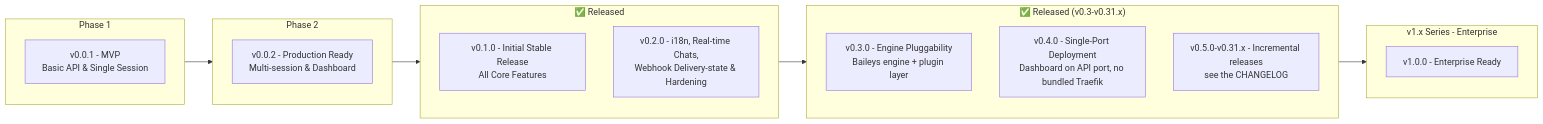
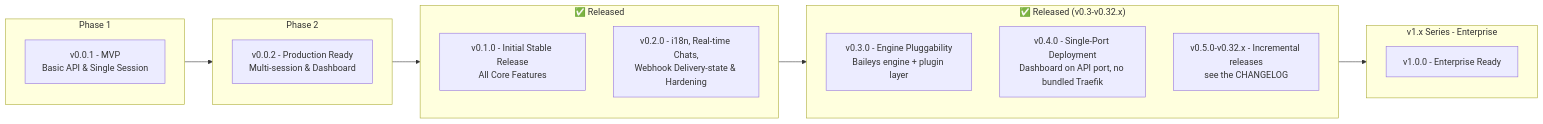
Before and after one commit to suryansh-business-work/duncit-all: the sixth of 7 diagrams in portals/crm/open-wa-server/docs/15-project-roadmap.md, drawn with Mermaid. The commit also changed other lines of this file and 560 other files, not shown here.

````diff
--- a/portals/crm/open-wa-server/docs/15-project-roadmap.md
+++ b/portals/crm/open-wa-server/docs/15-project-roadmap.md
@@ -517,27 +517,27 @@
 ```mermaid
 flowchart LR
     subgraph Phase1["Phase 1"]
         V001[v0.0.1 - MVP<br/>Basic API & Single Session]
     end
 
     subgraph Phase2["Phase 2"]
         V002[v0.0.2 - Production Ready<br/>Multi-session & Dashboard]
     end
 
     subgraph Stable["✅ Released"]
         V010[v0.1.0 - Initial Stable Release<br/>All Core Features]
         V020[v0.2.0 - i18n, Real-time Chats,<br/>Webhook Delivery-state & Hardening]
     end
 
-    subgraph v0.x["✅ Released (v0.3-v0.31.x)"]
+    subgraph v0.x["✅ Released (v0.3-v0.32.x)"]
         V030[v0.3.0 - Engine Pluggability<br/>Baileys engine + plugin layer]
         V040[v0.4.0 - Single-Port Deployment<br/>Dashboard on API port, no bundled Traefik]
-        V011[v0.5.0-v0.31.x - Incremental releases<br/>see the CHANGELOG]
+        V011[v0.5.0-v0.32.x - Incremental releases<br/>see the CHANGELOG]
     end
 
     subgraph v1.x["v1.x Series - Enterprise"]
         V10[v1.0.0 - Enterprise Ready]
     end
 
     Phase1 --> Phase2 --> Stable --> v0.x --> v1.x
 ```
````
